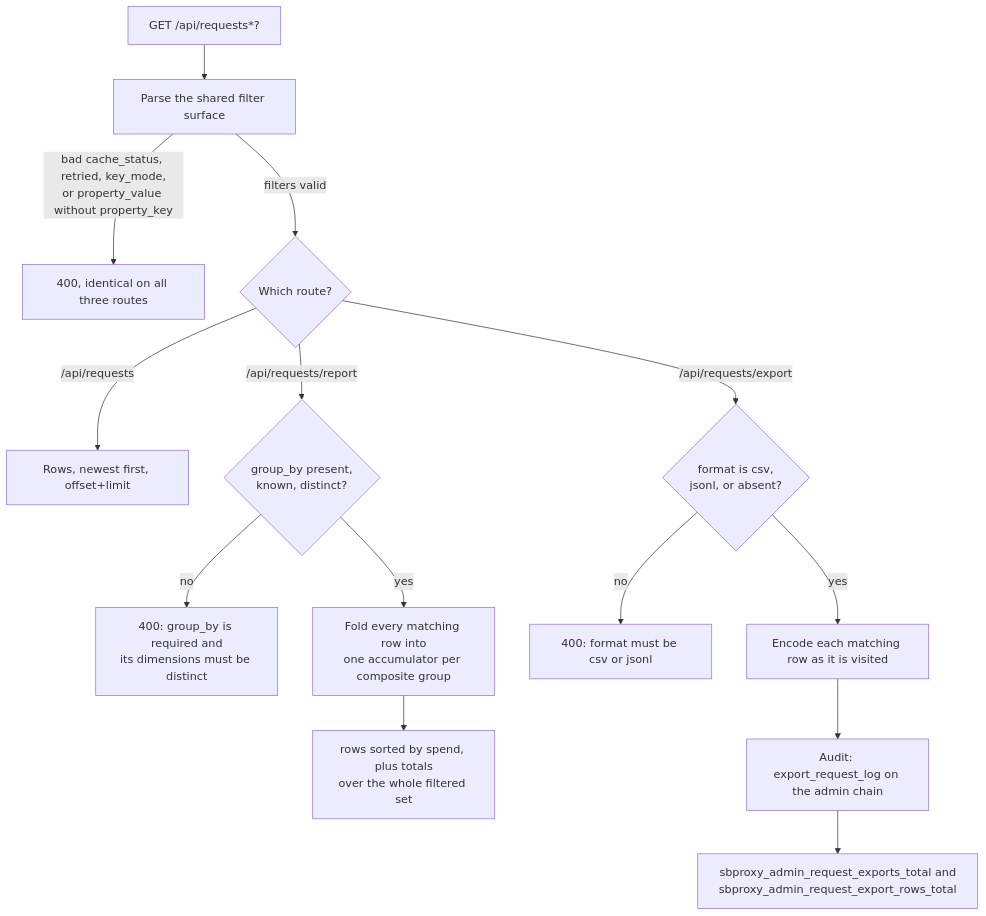
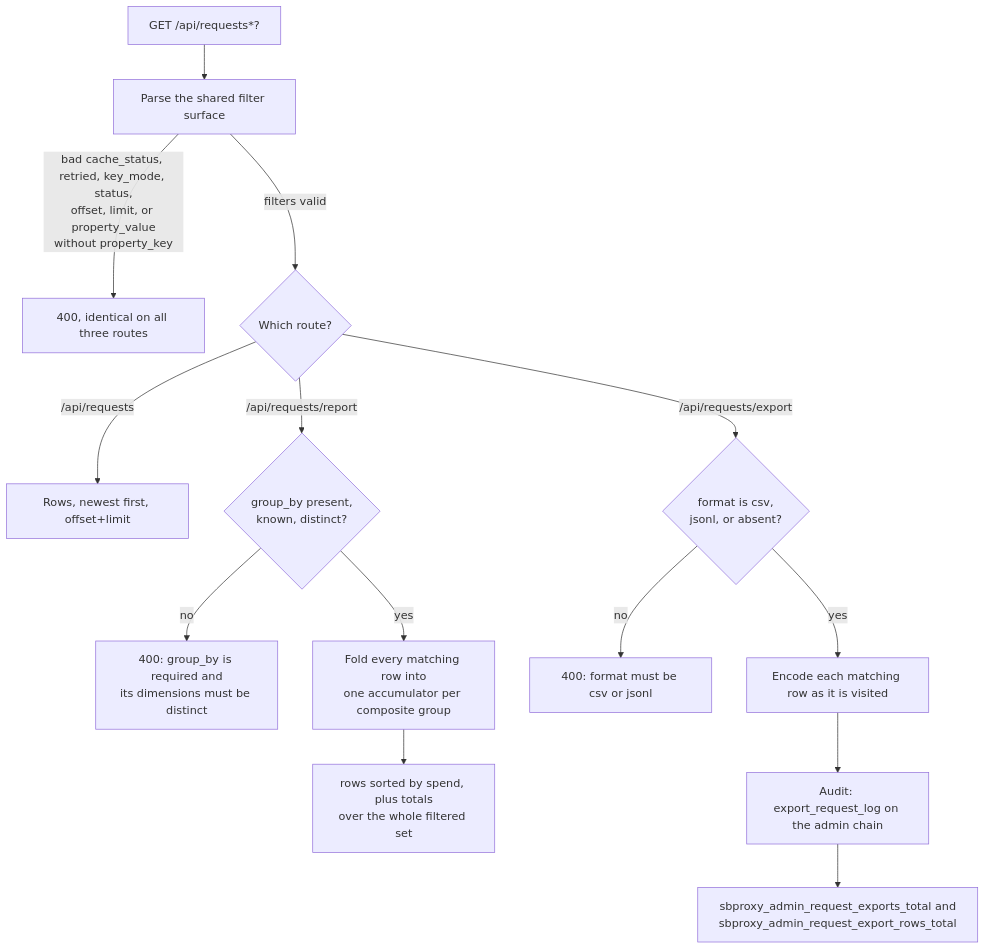
One commit to soapbucket/sbproxy changed the first of 2 diagrams in docs/admin-api-reference.md. Above: the diagram before and after it, drawn with Mermaid. The commit also changed other lines of this file and 21 other files, not shown here.

````diff
--- a/docs/admin-api-reference.md
+++ b/docs/admin-api-reference.md
@@ -613,16 +626,16 @@
 ```mermaid
 flowchart TD
     A["GET /api/requests*?<filters>"] --> B[Parse the shared filter surface]
-    B -->|bad cache_status, retried, key_mode,<br/>or property_value without property_key| C["400, identical on all three routes"]
+    B -->|bad cache_status, retried, key_mode, status,<br/>offset, limit, or property_value<br/>without property_key| C["400, identical on all three routes"]
     B -->|filters valid| D{Which route?}
     D -->|/api/requests| E["Rows, newest first, offset+limit"]
     D -->|/api/requests/report| F{group_by present,<br/>known, distinct?}
     D -->|/api/requests/export| G{format is csv,<br/>jsonl, or absent?}
     F -->|no| H["400: group_by is required and<br/>its dimensions must be distinct"]
     F -->|yes| I["Fold every matching row into<br/>one accumulator per composite group"]
     I --> J["rows sorted by spend, plus totals<br/>over the whole filtered set"]
     G -->|no| K["400: format must be csv or jsonl"]
     G -->|yes| L["Encode each matching row as it is visited"]
     L --> M["Audit: export_request_log on the admin chain"]
     M --> N["sbproxy_admin_request_exports_total and<br/>sbproxy_admin_request_export_rows_total"]
 ```
````
